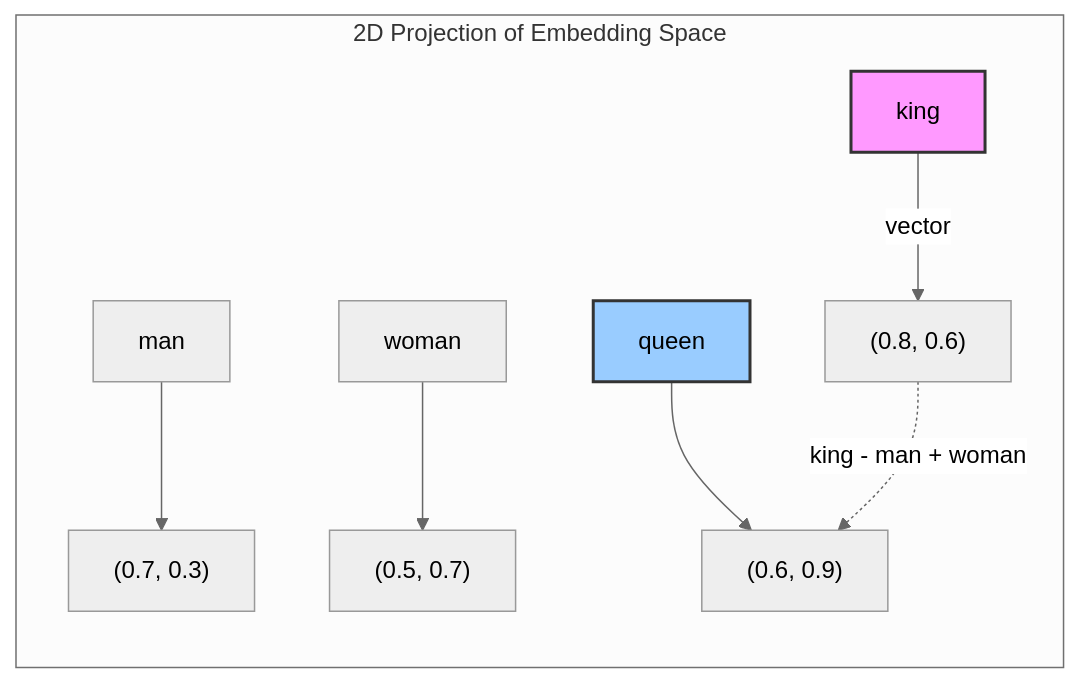
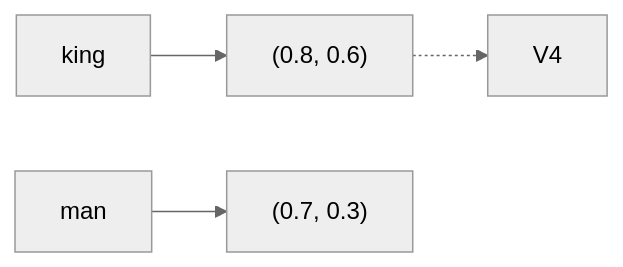
The first of 3 diagrams in suggestions.md (Saboor-Hamedi/KManager-AI), drawn with Mermaid (neutral theme) before and after one commit. The commit also changed other lines of this file and 10 other files, not shown here.

Commit message:
fix tests, add auto-launch mocks, update mermaid and spotlite/search UI

````diff
--- a/suggestions.md
+++ b/suggestions.md
@@ -79,12 +160,6 @@
 ```mermaid
 graph LR
-    subgraph "2D Projection of Embedding Space"
-        A[king] --> |"vector"| V1["(0.8, 0.6)"]
-        B[man] --> V2["(0.7, 0.3)"]
-        C[woman] --> V3["(0.5, 0.7)"]
-        D[queen] --> V4["(0.6, 0.9)"]
-    end
-    V1 -.-> |"king - man + woman"| V4
-    style A fill:#f9f,stroke:#333,stroke-width:2px
-    style D fill:#9cf,stroke:#333,stroke-width:2px
+    A[king] --> V1["(0.8, 0.6)"]
+    B[man] --> V2["(0.7, 0.3)"]
+    V1 -.-> V4
 ```
````
